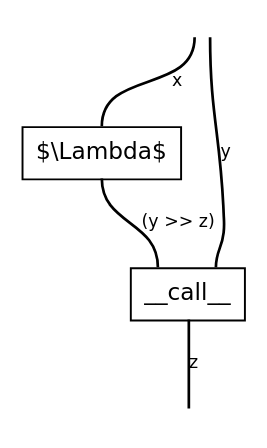
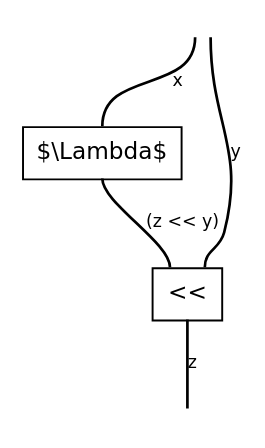
One commit to discopy/discopy changed the diagram in docs/_static/cmap/biclosed-curry-left.dot. Above: the diagram before and after it, drawn with Graphviz. The commit also changed 5 other files, not shown here.

```diff
--- a/docs/_static/cmap/biclosed-curry-left.dot
+++ b/docs/_static/cmap/biclosed-curry-left.dot
@@ -1,15 +1,15 @@
 graph cmap {
   graph [bgcolor="white", fontname="DejaVu Sans", layout="dot", margin="0.04", outputorder="edgesfirst", overlap="false", rankdir="TB", splines="true"];
   node [color="black", fontname="DejaVu Sans", fontsize="12", margin="0", shape="plain"];
   edge [color="black", fontname="DejaVu Sans", fontsize="9", headclip="true", penwidth="1.4", tailclip="true"];
-  v0 [label=<<TABLE BORDER="0" CELLBORDER="0" CELLSPACING="0"><TR><TD PORT="p2" TOOLTIP="dom 0: x (up)" BORDER="0" CELLPADDING="0" COLSPAN="1" WIDTH="18" HEIGHT="0"></TD></TR><TR><TD BORDER="1" CELLPADDING="6" COLSPAN="1" WIDTH="18">$\Lambda$</TD></TR><TR><TD PORT="p3" TOOLTIP="cod 0: (y &gt;&gt; z) (down)" BORDER="0" CELLPADDING="0" COLSPAN="1" WIDTH="18" HEIGHT="0"></TD></TR></TABLE>>];
-  v1 [label=<<TABLE BORDER="0" CELLBORDER="0" CELLSPACING="0"><TR><TD PORT="p4" TOOLTIP="dom 0: (y &gt;&gt; z) (up)" BORDER="0" CELLPADDING="0" COLSPAN="1" WIDTH="18" HEIGHT="0"></TD><TD PORT="p5" TOOLTIP="dom 1: y (up)" BORDER="0" CELLPADDING="0" COLSPAN="1" WIDTH="18" HEIGHT="0"></TD></TR><TR><TD BORDER="1" CELLPADDING="6" COLSPAN="2" WIDTH="36">__call__</TD></TR><TR><TD PORT="p6" TOOLTIP="cod 0: z (down)" BORDER="0" CELLPADDING="0" COLSPAN="2" WIDTH="36" HEIGHT="0"></TD></TR></TABLE>>];
+  v0 [label=<<TABLE BORDER="0" CELLBORDER="0" CELLSPACING="0"><TR><TD PORT="p2" TOOLTIP="dom 0: x (up)" BORDER="0" CELLPADDING="0" COLSPAN="1" WIDTH="18" HEIGHT="0"></TD></TR><TR><TD BORDER="1" CELLPADDING="6" COLSPAN="1" WIDTH="18">$\Lambda$</TD></TR><TR><TD PORT="p3" TOOLTIP="cod 0: (z &lt;&lt; y) (down)" BORDER="0" CELLPADDING="0" COLSPAN="1" WIDTH="18" HEIGHT="0"></TD></TR></TABLE>>];
+  v1 [label=<<TABLE BORDER="0" CELLBORDER="0" CELLSPACING="0"><TR><TD PORT="p4" TOOLTIP="dom 0: (z &lt;&lt; y) (up)" BORDER="0" CELLPADDING="0" COLSPAN="1" WIDTH="18" HEIGHT="0"></TD><TD PORT="p5" TOOLTIP="dom 1: y (up)" BORDER="0" CELLPADDING="0" COLSPAN="1" WIDTH="18" HEIGHT="0"></TD></TR><TR><TD BORDER="1" CELLPADDING="6" COLSPAN="2" WIDTH="36">&lt;&lt;</TD></TR><TR><TD PORT="p6" TOOLTIP="cod 0: z (down)" BORDER="0" CELLPADDING="0" COLSPAN="2" WIDTH="36" HEIGHT="0"></TD></TR></TABLE>>];
   input [label=<<TABLE BORDER="0" CELLBORDER="0" CELLSPACING="0"><TR><TD PORT="p0" TOOLTIP="input 0: x" BORDER="0" CELLPADDING="4"></TD><TD PORT="p1" TOOLTIP="input 1: y" BORDER="0" CELLPADDING="4"></TD></TR></TABLE>>];
   output [label=<<TABLE BORDER="0" CELLBORDER="0" CELLSPACING="0"><TR><TD PORT="p7" TOOLTIP="output 0: z" BORDER="0" CELLPADDING="4"></TD></TR></TABLE>>];
   { rank=min; input; }
   { rank=max; output; }
   input:p0:s -- v0:p2:n [label="x", labeldistance="1.6", len="0.85"];
   input:p1:s -- v1:p5:n [label="y", labeldistance="1.6", len="0.85"];
-  v0:p3:s -- v1:p4:n [label="(y >> z)", labeldistance="1.6", len="0.85"];
+  v0:p3:s -- v1:p4:n [label="(z << y)", labeldistance="1.6", len="0.85"];
   v1:p6:s -- output:p7:n [label="z", labeldistance="1.6", len="0.85"];
 }
```
